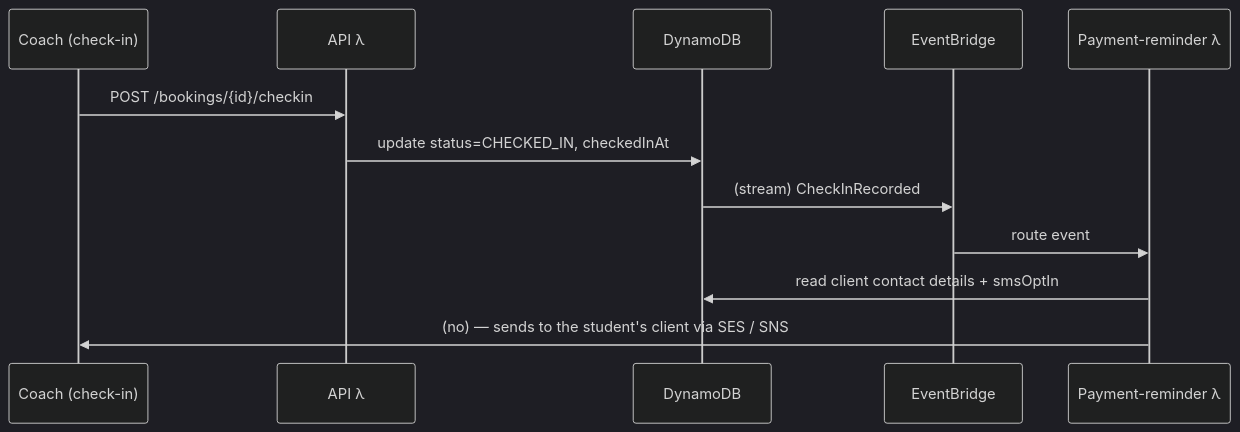
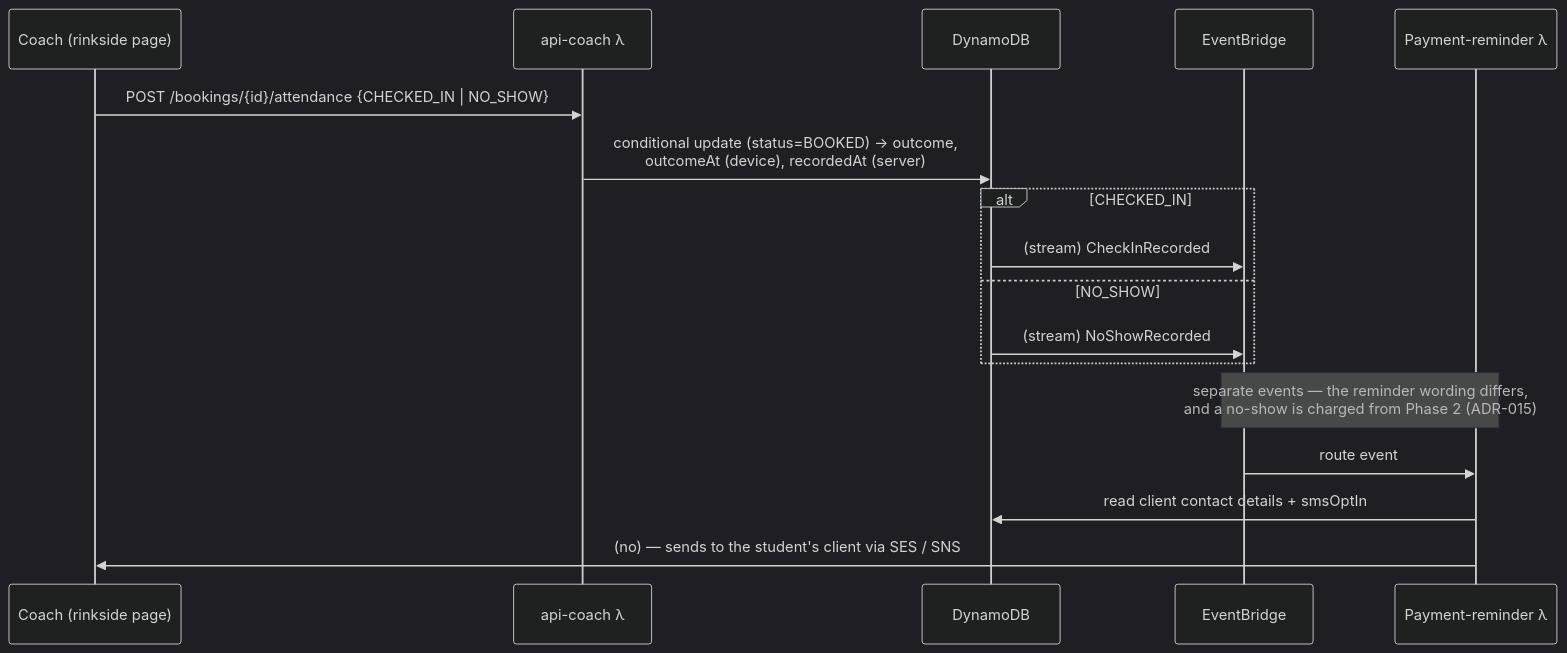
One commit to jessicamvega6/bladebook changed the fifth of 7 diagrams in docs/architecture.md. Above: the diagram before and after it, drawn with Mermaid (dark theme). The commit also changed other lines of this file and 10 other files, not shown here.

````diff
--- a/docs/architecture.md
+++ b/docs/architecture.md
@@ -388,14 +554,19 @@
 ```mermaid
 sequenceDiagram
-    participant C as Coach (check-in)
-    participant API as API λ
+    participant C as Coach (rinkside page)
+    participant API as api-coach λ
     participant DB as DynamoDB
     participant Bus as EventBridge
     participant Pay as Payment-reminder λ
-    C->>API: POST /bookings/{id}/checkin
-    API->>DB: update status=CHECKED_IN, checkedInAt
-    DB->>Bus: (stream) CheckInRecorded
+    C->>API: POST /bookings/{id}/attendance {CHECKED_IN | NO_SHOW}
+    API->>DB: conditional update (status=BOOKED) → outcome,<br/>outcomeAt (device), recordedAt (server)
+    alt CHECKED_IN
+        DB->>Bus: (stream) CheckInRecorded
+    else NO_SHOW
+        DB->>Bus: (stream) NoShowRecorded
+    end
+    Note over Bus,Pay: separate events — the reminder wording differs,<br/>and a no-show is charged from Phase 2 (ADR-015)
     Bus->>Pay: route event
     Pay->>DB: read client contact details + smsOptIn
     Pay->>C: (no) — sends to the student's client via SES / SNS
 ```
````
